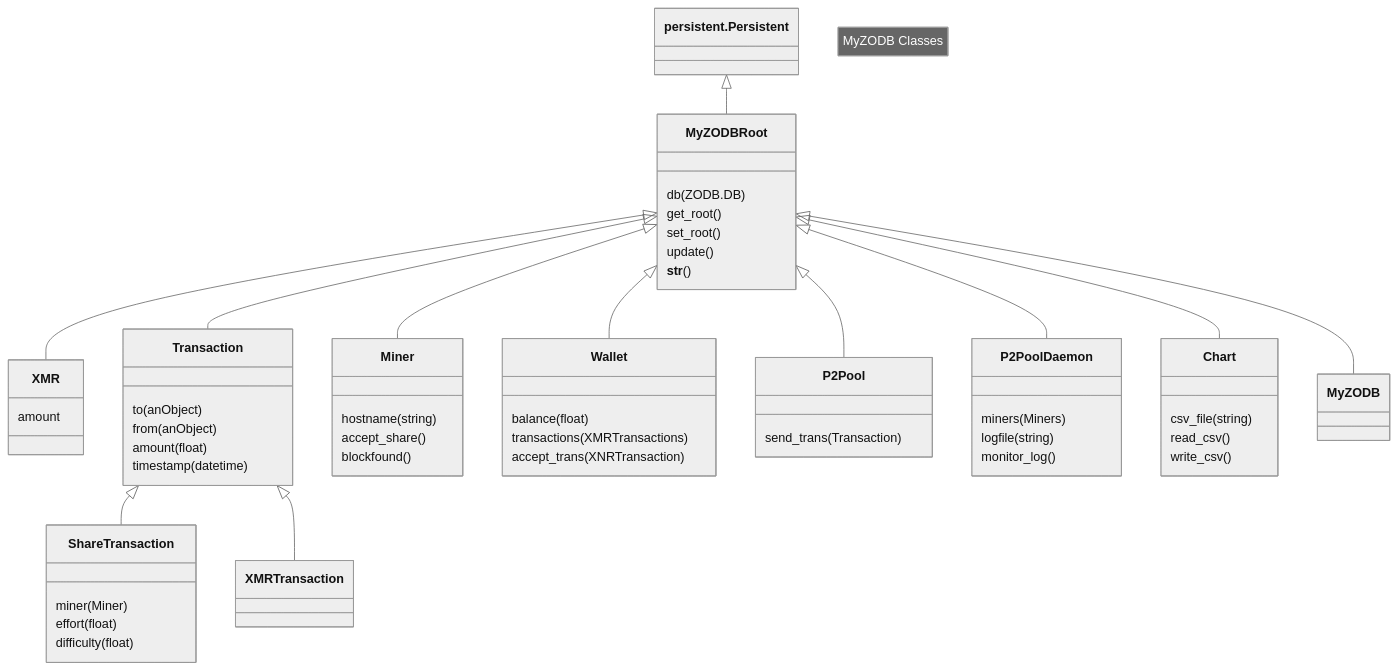
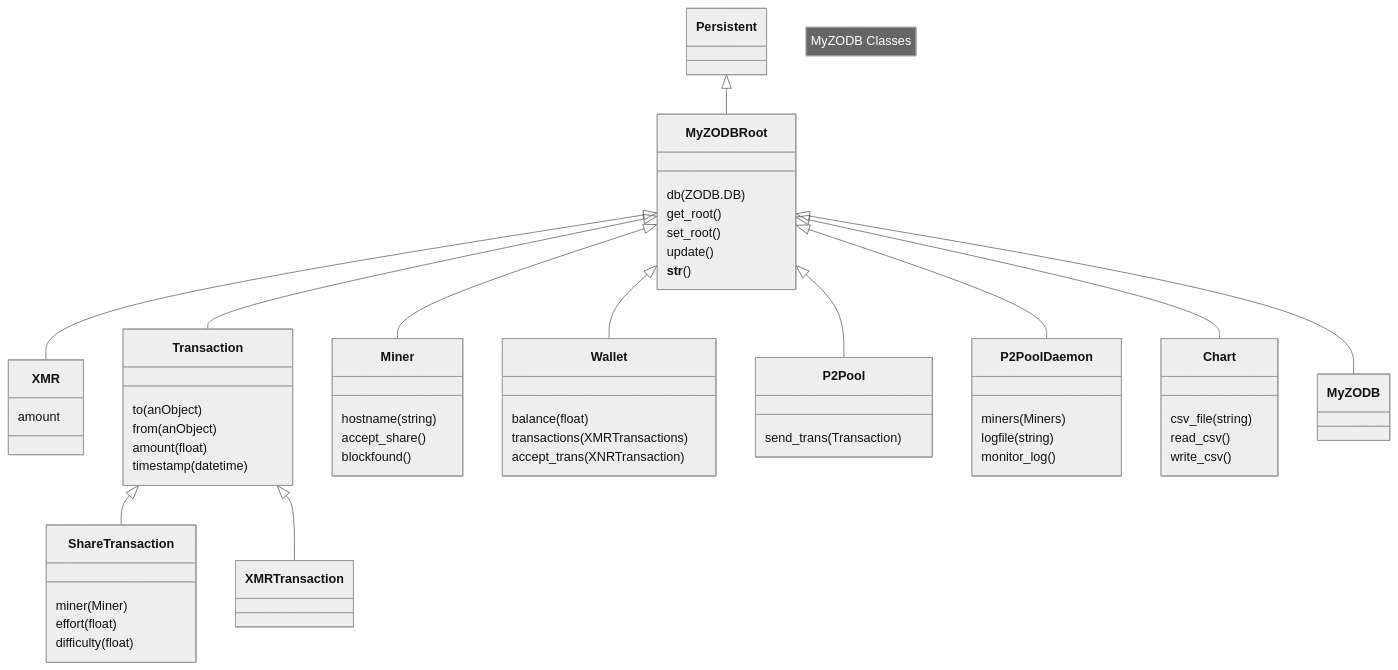
Before and after one commit to NadimGhaznavi/myzodb: the diagram in _posts/2024-06-02-Class-Hierarchy.md, drawn with Mermaid (neutral theme).

```diff
--- a/_posts/2024-06-02-Class-Hierarchy.md
+++ b/_posts/2024-06-02-Class-Hierarchy.md
@@ -8,59 +8,59 @@
 <pre class="mermaid">
     classDiagram
     note "MyZODB Classes"
-    persistent.Persistent <|-- MyZODBRoot
+    Persistent <|-- MyZODBRoot
     MyZODBRoot <|-- XMR
     MyZODBRoot <|-- Transaction
     Transaction <|-- ShareTransaction
     Transaction <|-- XMRTransaction
     MyZODBRoot <|-- Miner
     MyZODBRoot <|-- Wallet
     MyZODBRoot <|-- P2Pool
     MyZODBRoot <|-- P2PoolDaemon
     MyZODBRoot <|-- Chart
     MyZODBRoot <|-- MyZODB
     class MyZODBRoot{
         db (ZODB.DB)
         get_root()
         set_root()
         update()
         __str__()
     }
     class XMR{
         amount
     }
     class Transaction{
         to (anObject) 
         from (anObject)
         amount (float)
         timestamp (datetime)
     }
     class ShareTransaction{
         miner (Miner)
         effort (float)
         difficulty (float)
     }
     class Chart{
         csv_file (string)
         read_csv()
         write_csv()
     }
     class Miner{
         hostname (string)
         accept_share()
         blockfound()
     }
     class Wallet{
         balance (float)
         transactions (XMRTransactions)
         accept_trans(XNRTransaction)
     }
     class P2Pool{
         send_trans(Transaction)
     }
     class P2PoolDaemon{
         miners (Miners)
         logfile (string)
         monitor_log()
     }
 </pre>
```
